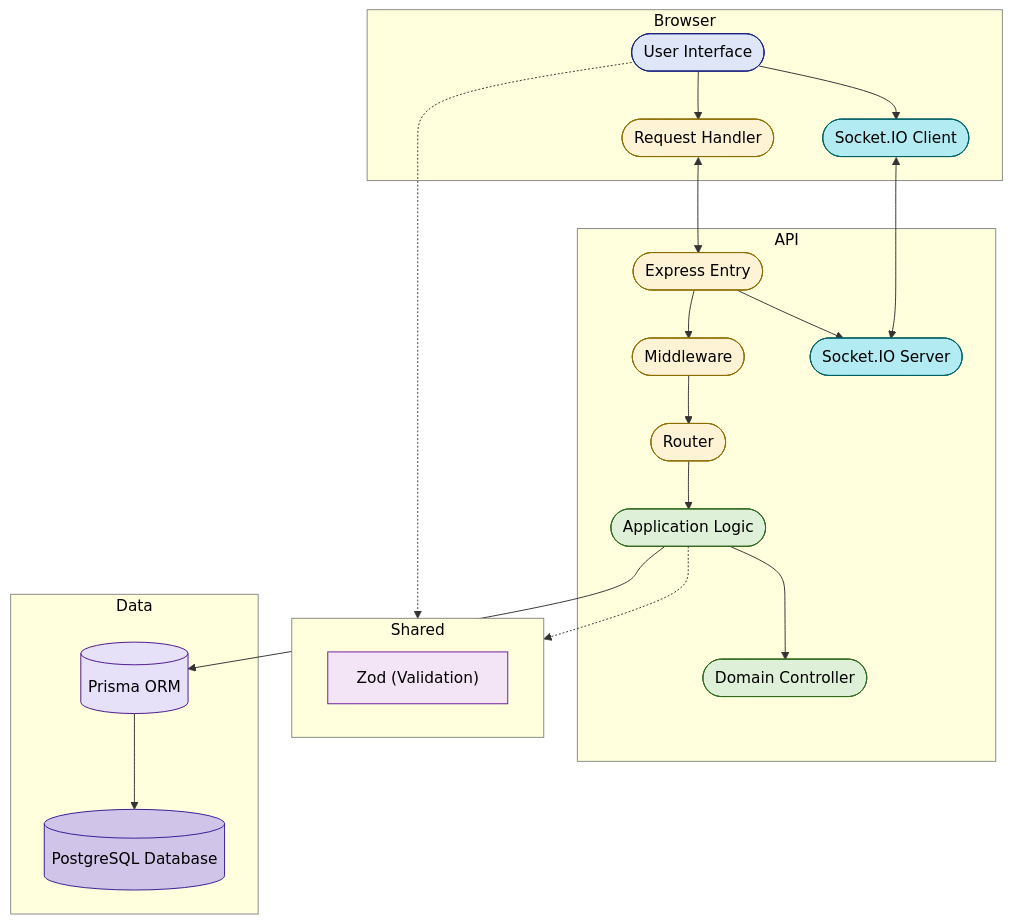
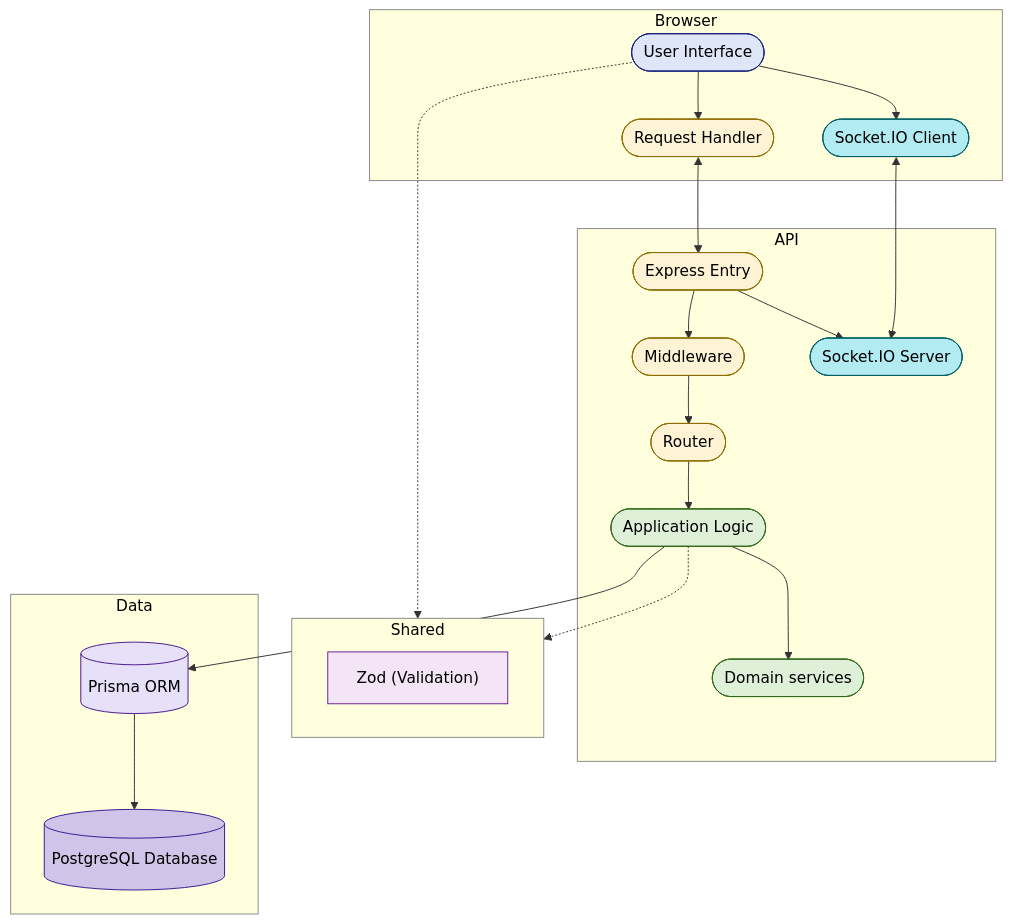
One commit to Jahsminemma/priority-soft-assessment changed the diagram in docs/README.md. Above: the diagram before and after it, drawn with Mermaid. The commit also changed other lines of this file, not shown here.

````diff
--- a/docs/README.md
+++ b/docs/README.md
@@ -54,57 +54,57 @@
 ```mermaid
 flowchart TB
   %% Browser layer
   subgraph Browser
     UI(["User Interface"]):::ui
     RQ(["Request Handler"]):::component
     SIOc(["Socket.IO Client"]):::socket
     UI --> RQ
     UI --> SIOc
   end
 
   %% Shared layer
   subgraph Shared
     Zod["Zod (Validation)"]:::lib
   end
 
   %% API layer
   subgraph API
     EXP(["Express Entry"]):::component
     MW(["Middleware"]):::component
     RT(["Router"]):::component
     APP(["Application Logic"]):::logic
-    DOM(["Domain Controller"]):::logic
+    DOM(["Domain services"]):::logic
     SIOs(["Socket.IO Server"]):::socket
     EXP --> MW --> RT --> APP --> DOM
     EXP --> SIOs
   end
 
   %% Data layer
   subgraph Data
     PR[(Prisma ORM)]:::storage
     PG[("PostgreSQL Database")]:::database
     PR --> PG
   end
 
   %% Interactions
   RQ <--> EXP
   SIOc <--> SIOs
   APP --> PR
   UI -.-> Shared
   APP -.-> Shared
 
   %% Styles (balanced for both light & dark themes)
   classDef ui fill:#dee6f8,stroke:#1a237e,stroke-width:1px,color:#000;
   classDef component fill:#fff3d6,stroke:#8c6d00,stroke-width:1px,color:#000;
   classDef logic fill:#dff0d8,stroke:#33691e,stroke-width:1px,color:#000;
   classDef storage fill:#e6e0f8,stroke:#4a148c,stroke-width:1px,color:#000;
   classDef database fill:#d1c4e9,stroke:#311b92,stroke-width:1px,color:#000;
   classDef lib fill:#f3e5f5,stroke:#6a1b9a,stroke-width:1px,color:#000;
   classDef socket fill:#b2ebf2,stroke:#006064,stroke-width:1px,color:#000;
 
   %% Global default style to ensure text visible in both modes
   style Browser stroke:#888,color:#000;
   style API stroke:#888,color:#000;
   style Shared stroke:#888,color:#000;
   style Data stroke:#888,color:#000;
 ```
````
